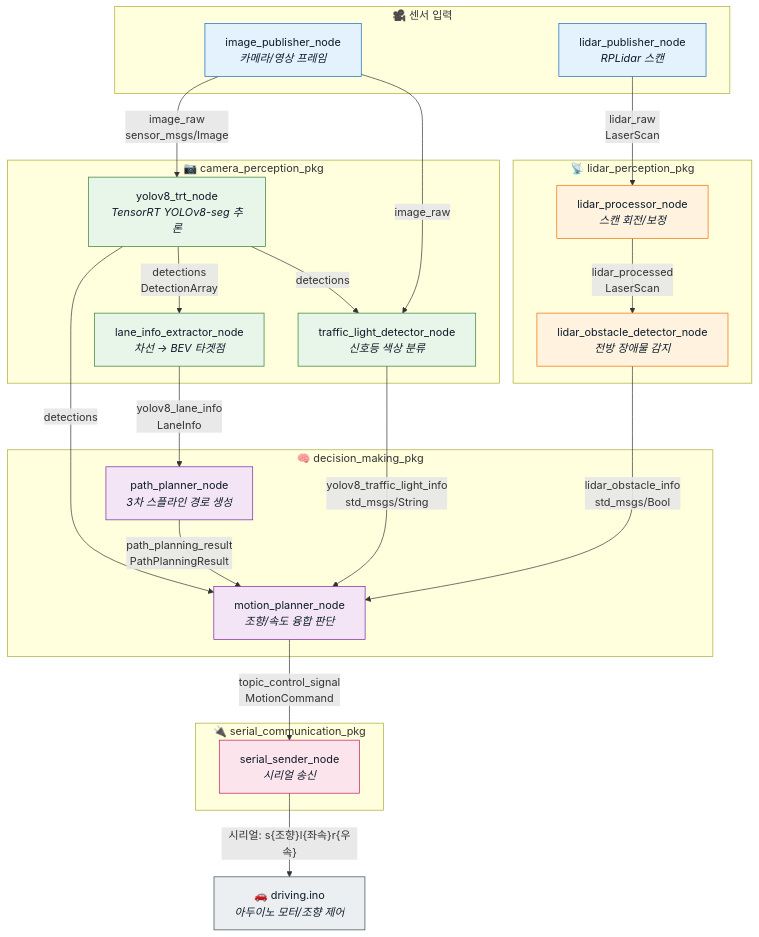
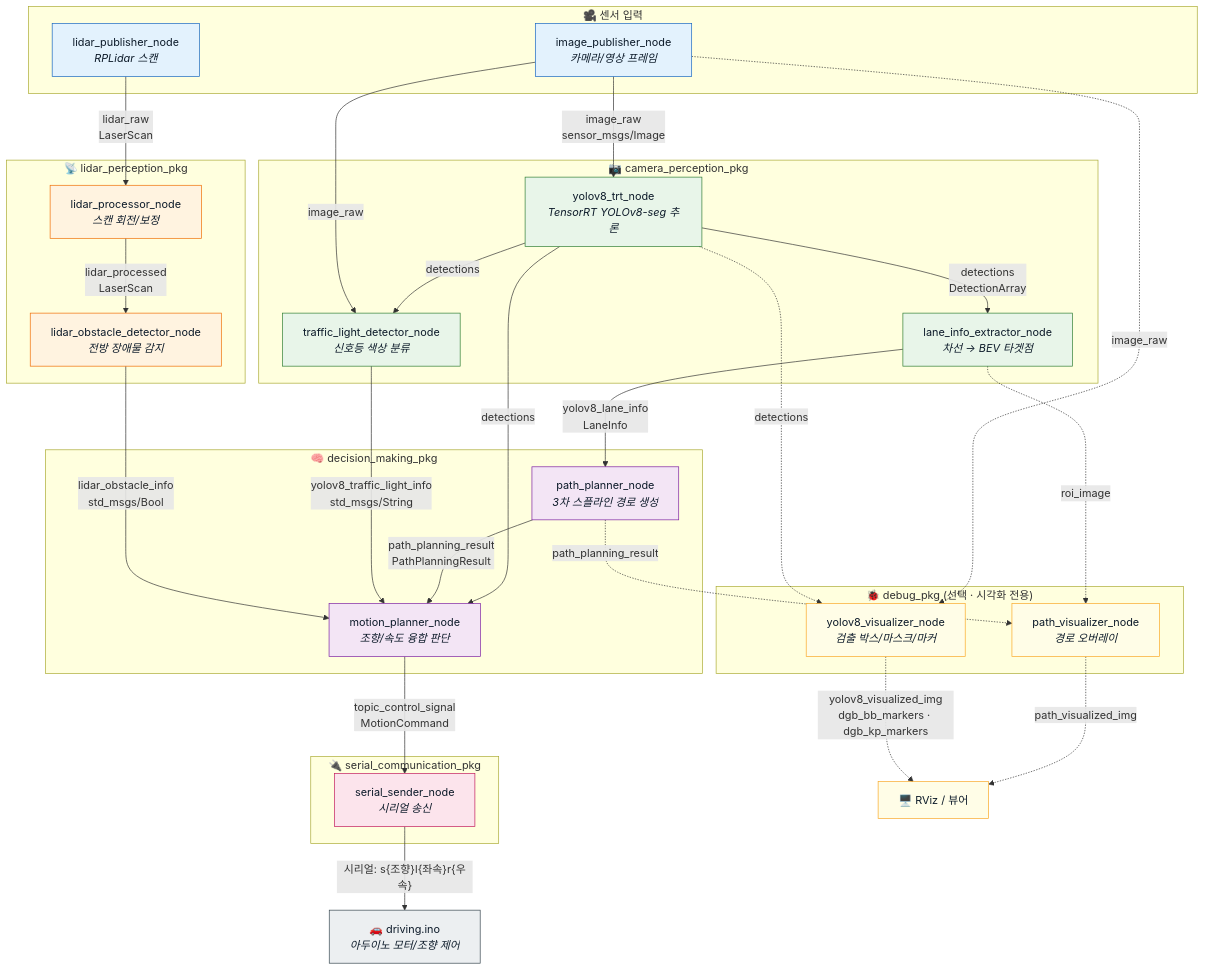
One commit to AUTONOMOUS-PCC-Inc/ros3_ws changed the diagram in README.md. Above: the diagram before and after it, drawn with Mermaid. The commit also changed other lines of this file, not shown here.

Commit message:
docs: add debug_pkg visualizer nodes to architecture diagram
Show path_visualizer_node and yolov8_visualizer_node (dotted edges) and
the roi_image feed from lane_info_extractor_node, into an RViz/viewer sink.

Claude-Session: https://claude.ai/code/session_01BvJ69ywzMJVGf9sUCCaGm3

````diff
--- a/README.md
+++ b/README.md
@@ -32,60 +32,75 @@
 ```mermaid
 flowchart TD
     subgraph SENSOR["🎥 센서 입력"]
         CAM["image_publisher_node<br/><i>카메라/영상 프레임</i>"]
         LID["lidar_publisher_node<br/><i>RPLidar 스캔</i>"]
     end
 
     subgraph CAM_PERC["📷 camera_perception_pkg"]
         YOLO["yolov8_trt_node<br/><i>TensorRT YOLOv8-seg 추론</i>"]
         LANE["lane_info_extractor_node<br/><i>차선 → BEV 타겟점</i>"]
         TL["traffic_light_detector_node<br/><i>신호등 색상 분류</i>"]
     end
 
     subgraph LID_PERC["📡 lidar_perception_pkg"]
         LPROC["lidar_processor_node<br/><i>스캔 회전/보정</i>"]
         LOBS["lidar_obstacle_detector_node<br/><i>전방 장애물 감지</i>"]
     end
 
     subgraph DECISION["🧠 decision_making_pkg"]
         PATH["path_planner_node<br/><i>3차 스플라인 경로 생성</i>"]
         MOTION["motion_planner_node<br/><i>조향/속도 융합 판단</i>"]
     end
 
     subgraph COMM["🔌 serial_communication_pkg"]
         SER["serial_sender_node<br/><i>시리얼 송신</i>"]
     end
 
+    subgraph DEBUG["🐞 debug_pkg (선택 · 시각화 전용)"]
+        PVIS["path_visualizer_node<br/><i>경로 오버레이</i>"]
+        YVIS["yolov8_visualizer_node<br/><i>검출 박스/마스크/마커</i>"]
+    end
+
     HW["🚗 driving.ino<br/><i>아두이노 모터/조향 제어</i>"]
 
     CAM -->|image_raw<br/>sensor_msgs/Image| YOLO
     YOLO -->|detections<br/>DetectionArray| LANE
     YOLO -->|detections| TL
     YOLO -->|detections| MOTION
     CAM -->|image_raw| TL
 
     LANE -->|yolov8_lane_info<br/>LaneInfo| PATH
     PATH -->|path_planning_result<br/>PathPlanningResult| MOTION
     TL -->|yolov8_traffic_light_info<br/>std_msgs/String| MOTION
 
     LID -->|lidar_raw<br/>LaserScan| LPROC
     LPROC -->|lidar_processed<br/>LaserScan| LOBS
     LOBS -->|lidar_obstacle_info<br/>std_msgs/Bool| MOTION
 
     MOTION -->|topic_control_signal<br/>MotionCommand| SER
     SER -->|"시리얼: s{조향}l{좌속}r{우속}\n"| HW
 
+    %% ---- 디버그 노드 연결 (점선) ----
+    LANE -.->|roi_image| PVIS
+    PATH -.->|path_planning_result| PVIS
+    PVIS -.->|path_visualized_img| RVIZ["🖥️ RViz / 뷰어"]
+    CAM  -.->|image_raw| YVIS
+    YOLO -.->|detections| YVIS
+    YVIS -.->|yolov8_visualized_img<br/>dgb_bb_markers · dgb_kp_markers| RVIZ
+
     classDef sensor fill:#e3f2fd,stroke:#1565c0,color:#0d1b2a;
     classDef cam fill:#e8f5e9,stroke:#2e7d32,color:#0d1b2a;
     classDef lidar fill:#fff3e0,stroke:#ef6c00,color:#0d1b2a;
     classDef decision fill:#f3e5f5,stroke:#7b1fa2,color:#0d1b2a;
     classDef comm fill:#fce4ec,stroke:#c2185b,color:#0d1b2a;
+    classDef debug fill:#fffde7,stroke:#f9a825,color:#0d1b2a;
     classDef hw fill:#eceff1,stroke:#37474f,color:#0d1b2a;
 
     class CAM,LID sensor;
     class YOLO,LANE,TL cam;
     class LPROC,LOBS lidar;
     class PATH,MOTION decision;
     class SER comm;
+    class PVIS,YVIS,RVIZ debug;
     class HW hw;
 ```
````
